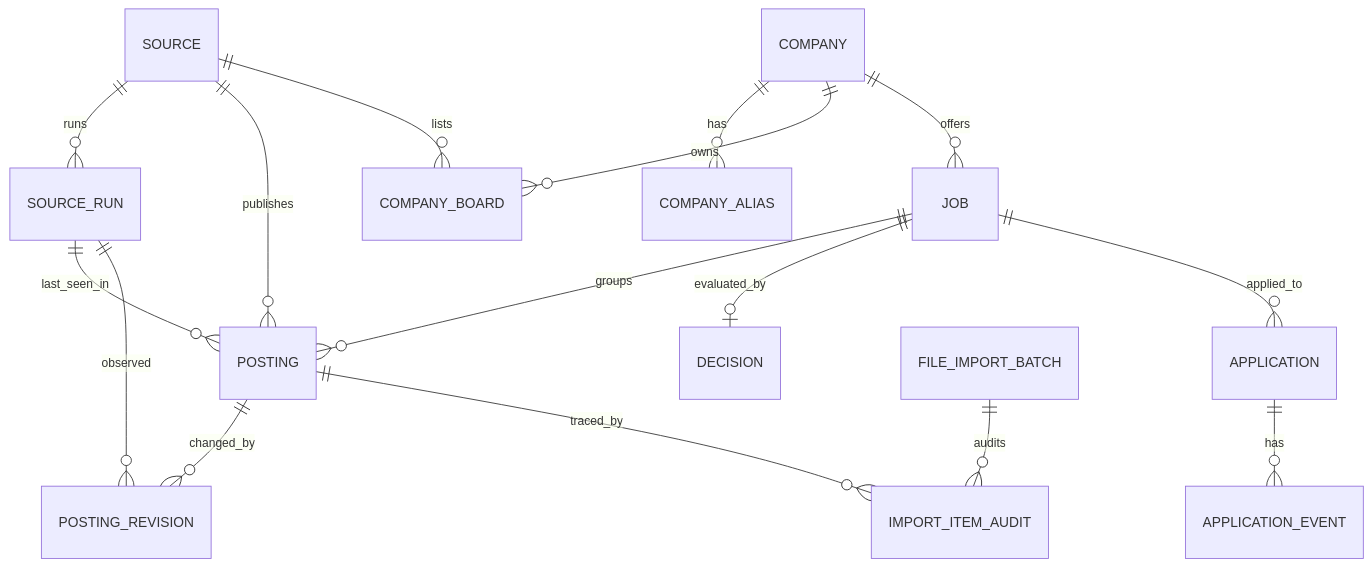
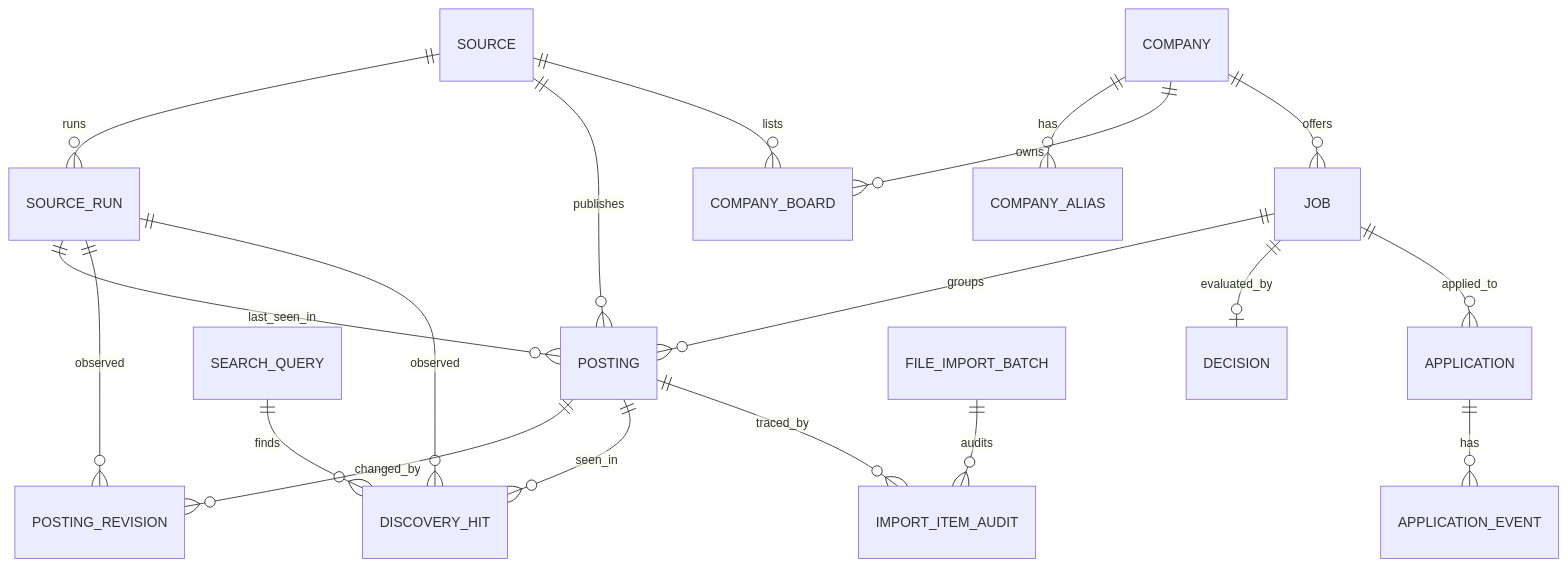
The diagram in docs/data-model.md (Islayder/JobSearch), drawn with Mermaid before and after one commit. The commit also changed other lines of this file and 51 other files, not shown here.

````diff
--- a/docs/data-model.md
+++ b/docs/data-model.md
@@ -9,18 +9,21 @@
 ```mermaid
 erDiagram
     SOURCE ||--o{ SOURCE_RUN : runs
     SOURCE ||--o{ POSTING : publishes
     SOURCE ||--o{ COMPANY_BOARD : lists
     SOURCE_RUN ||--o{ POSTING : last_seen_in
     SOURCE_RUN ||--o{ POSTING_REVISION : observed
+    SOURCE_RUN ||--o{ DISCOVERY_HIT : observed
     COMPANY ||--o{ COMPANY_ALIAS : has
     COMPANY ||--o{ COMPANY_BOARD : owns
     COMPANY ||--o{ JOB : offers
+    SEARCH_QUERY ||--o{ DISCOVERY_HIT : finds
     JOB ||--o{ POSTING : groups
     POSTING ||--o{ POSTING_REVISION : changed_by
+    POSTING ||--o{ DISCOVERY_HIT : seen_in
     JOB ||--o| DECISION : evaluated_by
     JOB ||--o{ APPLICATION : applied_to
     APPLICATION ||--o{ APPLICATION_EVENT : has
     FILE_IMPORT_BATCH ||--o{ IMPORT_ITEM_AUDIT : audits
     POSTING ||--o{ IMPORT_ITEM_AUDIT : traced_by
 ```
````
